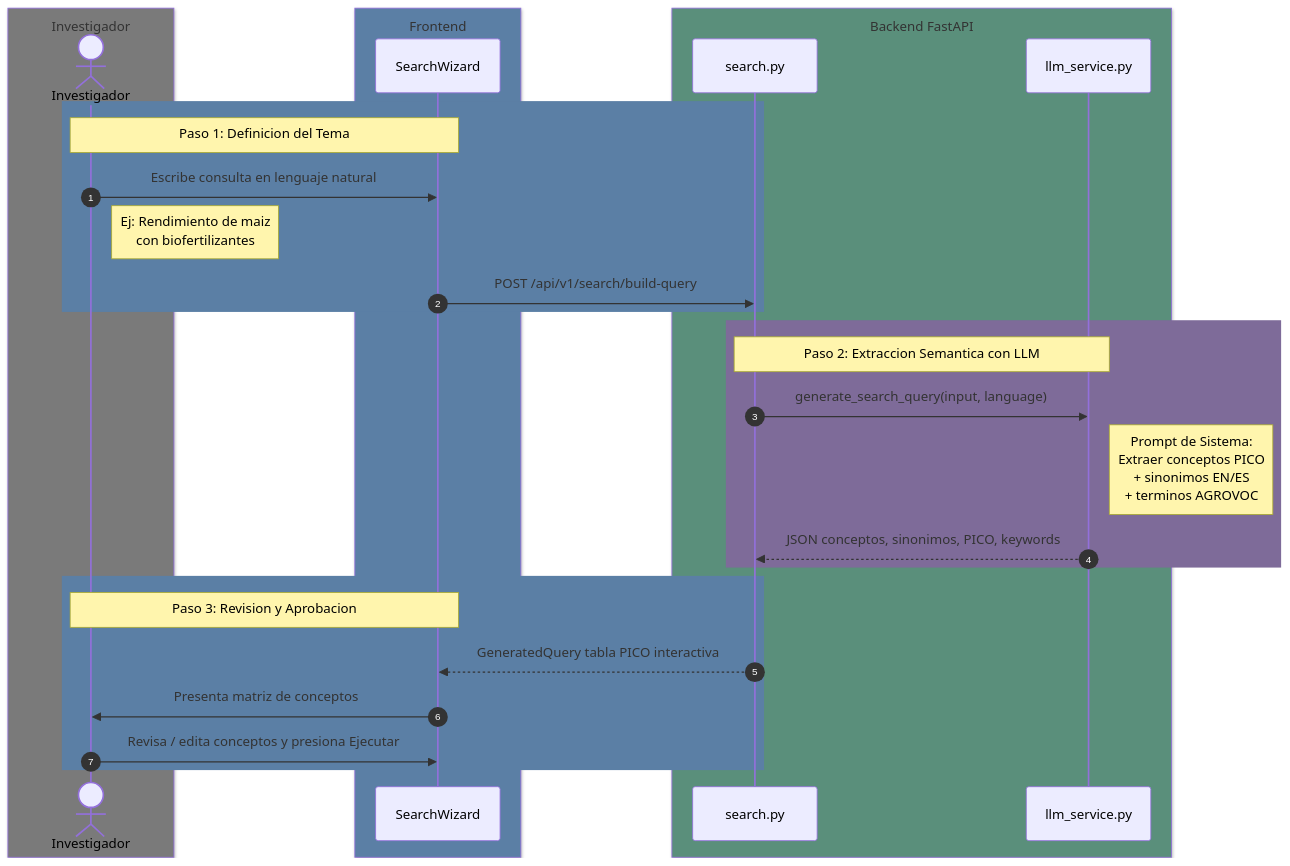
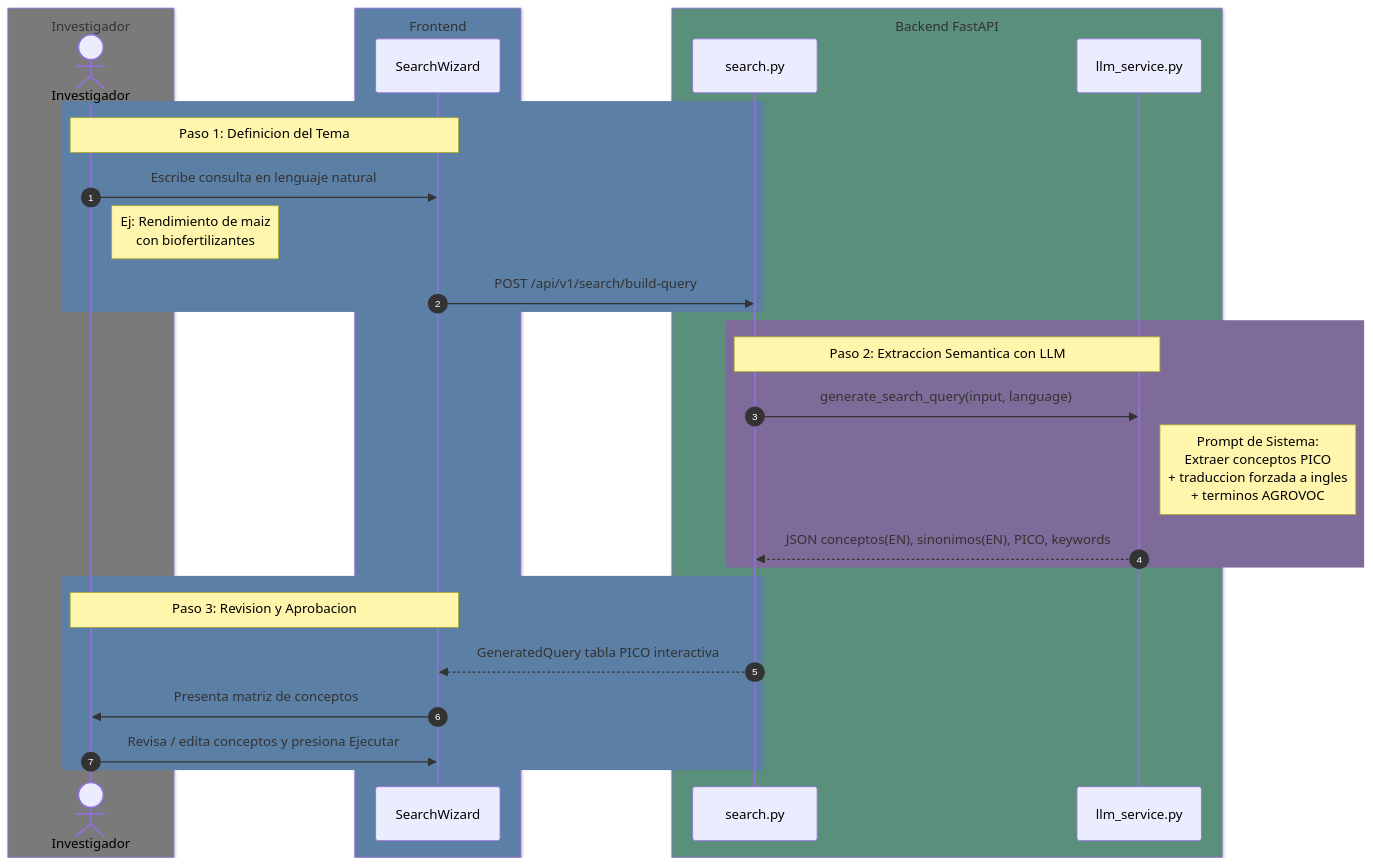
One commit to AlexPrietoRomani/AgriSearch changed the fourth of 13 diagrams in docs/architecture/arquitectura.md. Above: the diagram before and after it, drawn with Mermaid. The commit also changed other lines of this file, not shown here.

Commit message:
docs: actualizar diagramas de arquitectura para reflejar traducción forzada a inglés

````diff
--- a/docs/architecture/arquitectura.md
+++ b/docs/architecture/arquitectura.md
@@ -421,36 +421,36 @@
 ```mermaid
 sequenceDiagram
     box rgb(122,122,122) Investigador
         actor User as Investigador
     end
     box rgb(91,127,165) Frontend
         participant FE as SearchWizard
     end
     box rgb(90,143,123) Backend FastAPI
         participant API as search.py
         participant LLM as llm_service.py
     end
 
     autonumber
 
     rect rgb(91,127,165)
         Note over User,FE: Paso 1: Definicion del Tema
         User->>FE: Escribe consulta en lenguaje natural
         Note right of User: Ej: Rendimiento de maiz<br/>con biofertilizantes
         FE->>API: POST /api/v1/search/build-query
     end
 
     rect rgb(126,107,153)
         Note over API,LLM: Paso 2: Extraccion Semantica con LLM
         API->>LLM: generate_search_query(input, language)
-        Note right of LLM: Prompt de Sistema:<br/>Extraer conceptos PICO<br/>+ sinonimos EN/ES<br/>+ terminos AGROVOC
-        LLM-->>API: JSON conceptos, sinonimos, PICO, keywords
+        Note right of LLM: Prompt de Sistema:<br/>Extraer conceptos PICO<br/>+ traduccion forzada a ingles<br/>+ terminos AGROVOC
+        LLM-->>API: JSON conceptos(EN), sinonimos(EN), PICO, keywords
     end
 
     rect rgb(91,127,165)
         Note over FE,User: Paso 3: Revision y Aprobacion
         API-->>FE: GeneratedQuery tabla PICO interactiva
         FE->>User: Presenta matriz de conceptos
         User->>FE: Revisa / edita conceptos y presiona Ejecutar
     end
 ```
````
